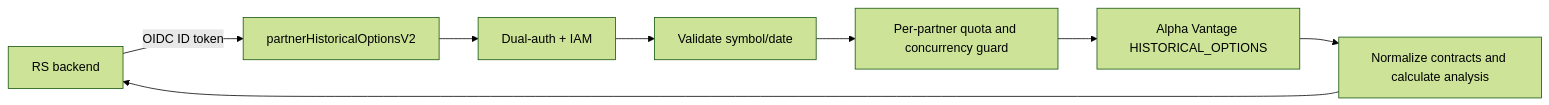
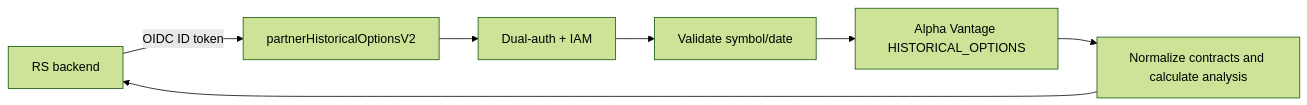
The first of 2 diagrams in docs/partner/options-data/historical-options-prd.md (rinebob/av-proxy-api), drawn with Mermaid (forest theme) before and after one commit. The commit also changed other lines of this file and 6 other files, not shown here.

First line of the commit message:
DOCS-PARTNER-HISTORICAL-OPTIONS: document contract, review, and deployment

````diff
--- a/docs/partner/options-data/historical-options-prd.md
+++ b/docs/partner/options-data/historical-options-prd.md
@@ -142,10 +142,9 @@
 ```mermaid
 flowchart LR
   RS[RS backend] -->|OIDC ID token| P[partnerHistoricalOptionsV2]
   P --> A[Dual-auth + IAM]
   A --> V[Validate symbol/date]
-  V --> G[Per-partner quota and concurrency guard]
-  G --> AV[Alpha Vantage HISTORICAL_OPTIONS]
+  V --> AV[Alpha Vantage HISTORICAL_OPTIONS]
   AV --> N[Normalize contracts and calculate analysis]
   N --> RS
 ```
````
